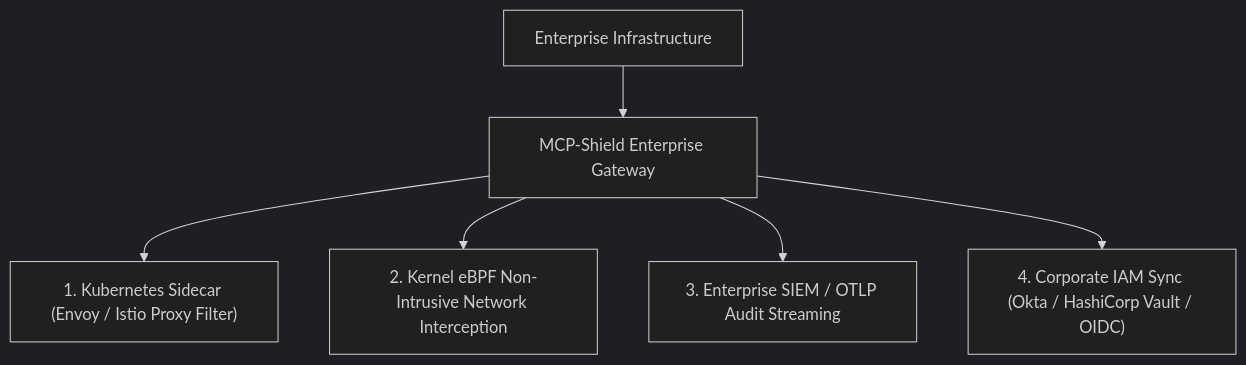
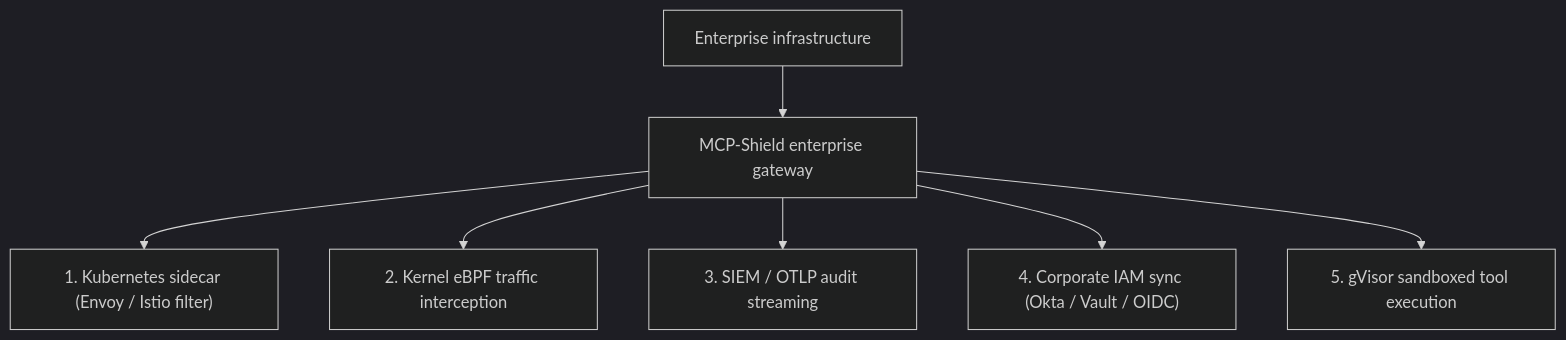
One commit to rishikeshvarma/MCP-Shield changed the fifth of 5 diagrams in 07 - Model Distribution, PyPI Packaging & Local Dashboard.md. Above: the diagram before and after it, drawn with Mermaid (dark theme). The commit also changed other lines of this file and 10 other files, not shown here.

````diff
--- a/07 - Model Distribution, PyPI Packaging & Local Dashboard.md
+++ b/07 - Model Distribution, PyPI Packaging & Local Dashboard.md
@@ -325,9 +281,9 @@
 ```mermaid
 graph TD
-    EnterpriseSystem["Enterprise Infrastructure"] --> Gateway["MCP-Shield Enterprise Gateway"]
-    
-    Gateway --> K8s["1. Kubernetes Sidecar (Envoy / Istio Proxy Filter)"]
-    Gateway --> eBPF["2. Kernel eBPF Non-Intrusive Network Interception"]
-    Gateway --> SIEM["3. Enterprise SIEM / OTLP Audit Streaming"]
-    Gateway --> IAM["4. Corporate IAM Sync (Okta / HashiCorp Vault / OIDC)"]
+    Enterprise["Enterprise infrastructure"] --> Gateway["MCP-Shield enterprise gateway"]
+    Gateway --> K8s["1. Kubernetes sidecar (Envoy / Istio filter)"]
+    Gateway --> eBPF["2. Kernel eBPF traffic interception"]
+    Gateway --> SIEM["3. SIEM / OTLP audit streaming"]
+    Gateway --> IAM["4. Corporate IAM sync (Okta / Vault / OIDC)"]
+    Gateway --> Sandbox["5. gVisor sandboxed tool execution"]
 ```
````
